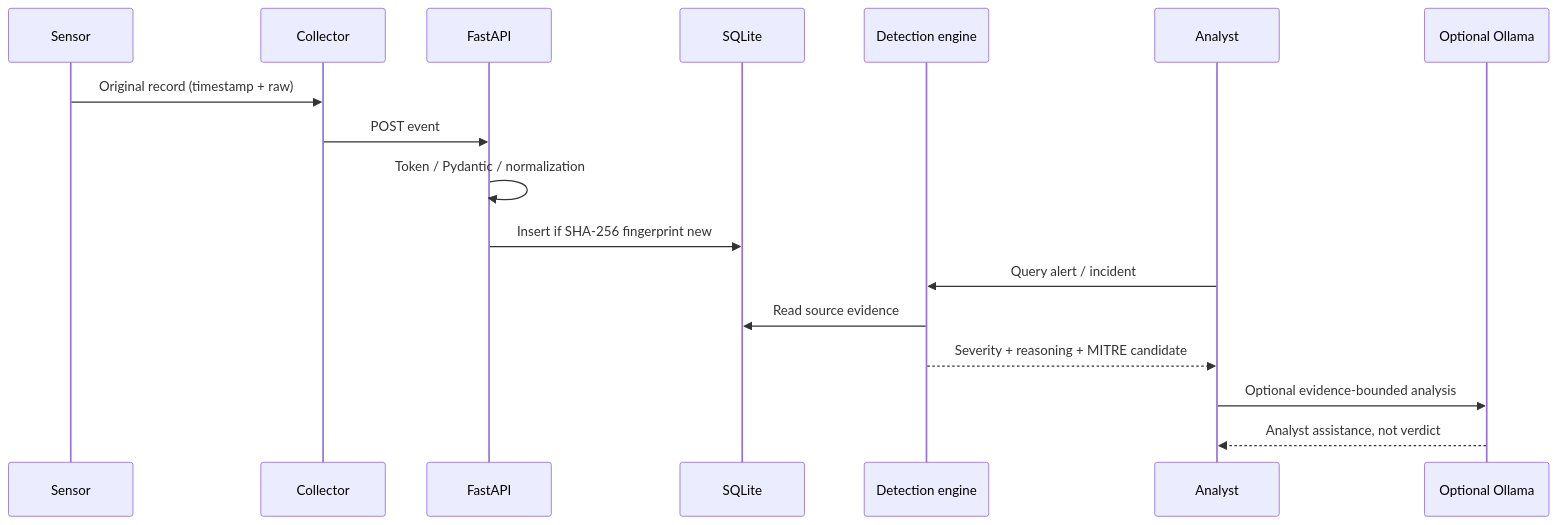
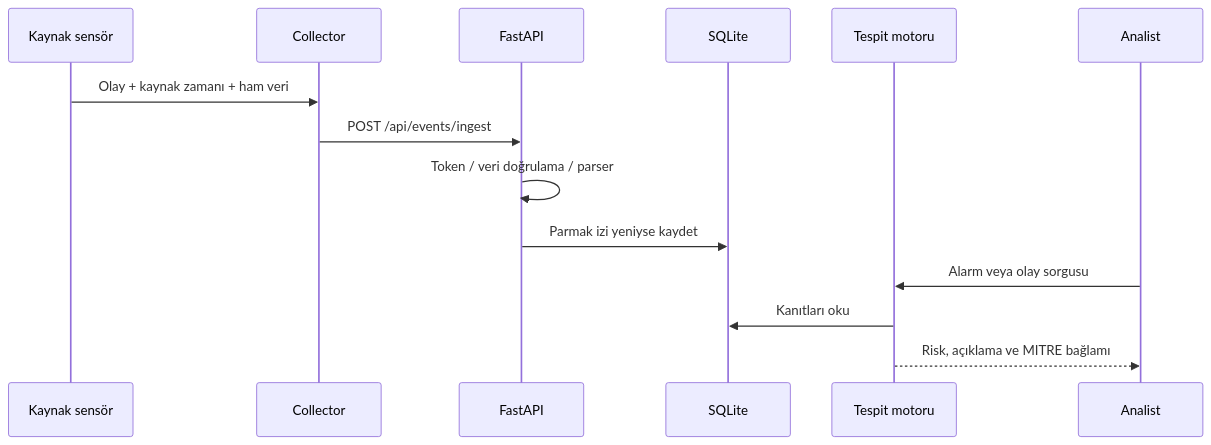
The second of 2 diagrams in docs/data-flow.md (mahirkau1/AEGIS-SOC), drawn with Mermaid before and after one commit. The commit also changed other lines of this file and 10 other files, not shown here.

````diff
--- a/docs/data-flow.md
+++ b/docs/data-flow.md
@@ -96,19 +83,16 @@
 ```mermaid
 sequenceDiagram
-  participant S as Sensor
-  participant C as Collector
-  participant A as FastAPI
-  participant DB as SQLite
-  participant D as Detection engine
-  participant UI as Analyst
-  participant LLM as Optional Ollama
-  S->>C: Original record (timestamp + raw)
-  C->>A: POST event
-  A->>A: Token / Pydantic / normalization
-  A->>DB: Insert if SHA-256 fingerprint new
-  UI->>D: Query alert / incident
-  D->>DB: Read source evidence
-  D-->>UI: Severity + reasoning + MITRE candidate
-  UI->>LLM: Optional evidence-bounded analysis
-  LLM-->>UI: Analyst assistance, not verdict
+    participant S as Kaynak sensör
+    participant C as Collector
+    participant A as FastAPI
+    participant D as SQLite
+    participant E as Tespit motoru
+    participant U as Analist
+    S->>C: Olay + kaynak zamanı + ham veri
+    C->>A: POST /api/events/ingest
+    A->>A: Token / veri doğrulama / parser
+    A->>D: Parmak izi yeniyse kaydet
+    U->>E: Alarm veya olay sorgusu
+    E->>D: Kanıtları oku
+    E-->>U: Risk, açıklama ve MITRE bağlamı
 ```
````
